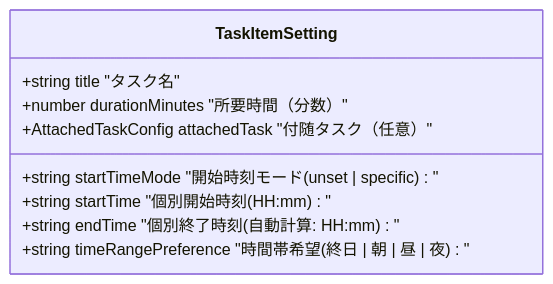
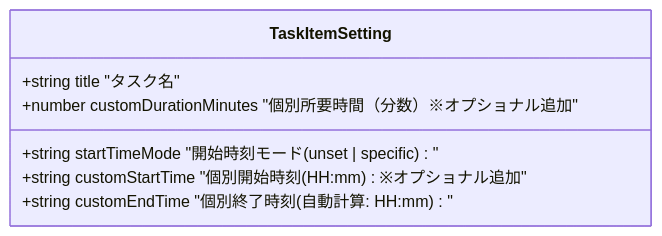
The second of 4 diagrams in Plan23.md (chku25062-sketch/creation_1), drawn with Mermaid before and after one commit. The commit also changed other lines of this file, not shown here.

````diff
--- a/Plan23.md
+++ b/Plan23.md
@@ -57,12 +64,10 @@
 ```mermaid
 classDiagram
     class TaskItemSetting {
         +string title "タスク名"
-        +number durationMinutes "所要時間（分数）"
+        +number customDurationMinutes "個別所要時間（分数）※オプショナル追加"
         +string startTimeMode "開始時刻モード (unset | specific)"
-        +string startTime "個別開始時刻 (HH:mm)"
-        +string endTime "個別終了時刻 (自動計算: HH:mm)"
-        +string timeRangePreference "時間帯希望 (終日 | 朝 | 昼 | 夜)"
-        +AttachedTaskConfig attachedTask "付随タスク（任意）"
+        +string customStartTime "個別開始時刻 (HH:mm) ※オプショナル追加"
+        +string customEndTime "個別終了時刻 (自動計算: HH:mm)"
     }
 ```
````
